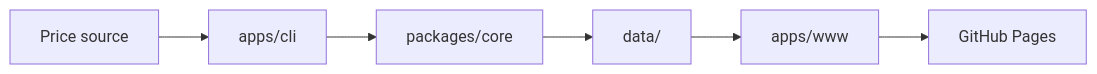
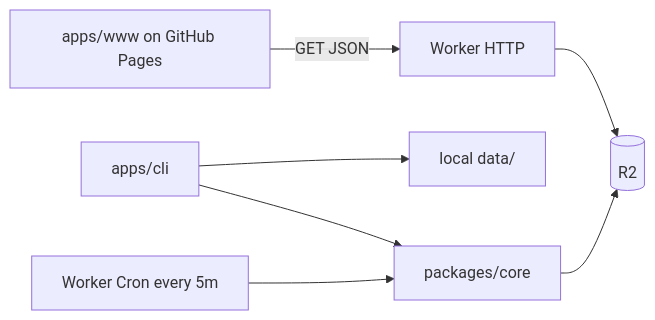
One commit to yuler/golden-price changed the diagram in README.md. Above: the diagram before and after it, drawn with Mermaid. The commit also changed other lines of this file and 33 other files, not shown here.

````diff
--- a/README.md
+++ b/README.md
@@ -16,8 +17,9 @@
 ```mermaid
 flowchart LR
-  Source[Price source] --> Cli[apps/cli]
-  Cli --> Core[packages/core]
-  Core --> Data[data/]
-  Data --> Www[apps/www]
-  Www --> Pages[GitHub Pages]
+  Cron[Worker Cron every 5m] --> Core[packages/core]
+  Core --> R2[(R2)]
+  Www[apps/www on GitHub Pages] -->|GET JSON| WorkerHttp[Worker HTTP]
+  WorkerHttp --> R2
+  Cli[apps/cli] --> Core
+  Cli --> LocalFs[local data/]
 ```
````
